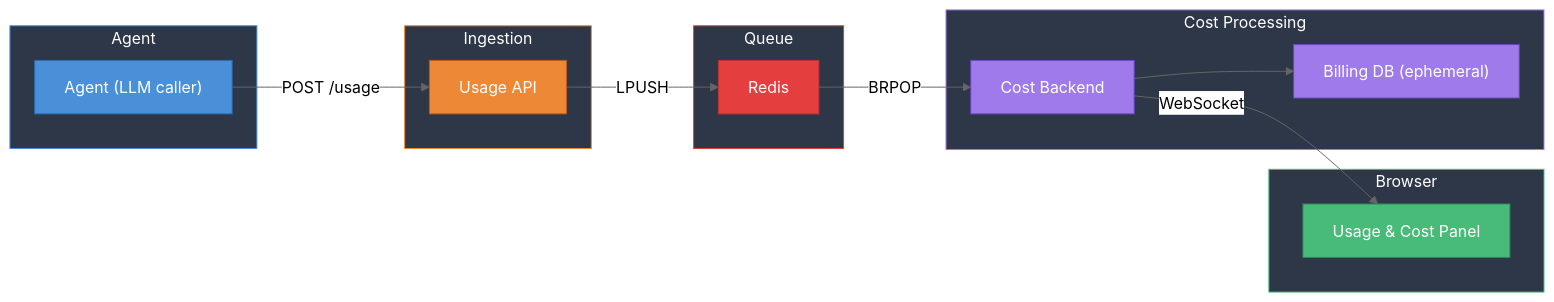
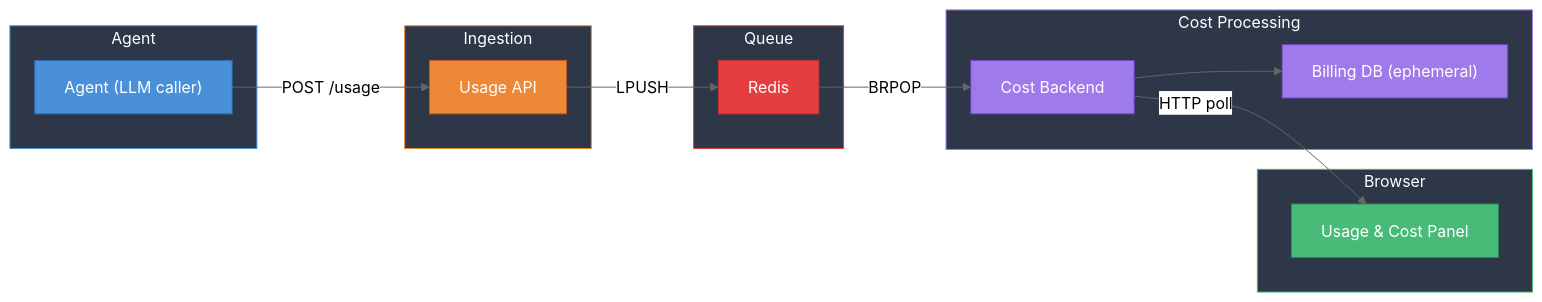
The first of 2 diagrams in billing_presentation.md (AntoinePr/onsite-cursor-d-v3), drawn with Mermaid (neutral theme) before and after one commit. The commit also changed other lines of this file and 3 other files, not shown here.

````diff
--- a/billing_presentation.md
+++ b/billing_presentation.md
@@ -21,41 +21,41 @@
 ```mermaid
 graph LR
   subgraph agentBox [Agent]
     Agent["Agent (LLM caller)"]
   end
 
   subgraph ingestion [Ingestion]
     UsageAPI["Usage API"]
   end
 
   subgraph queue [Queue]
     Redis["Redis"]
   end
 
   subgraph processing [Cost Processing]
     CostBackend["Cost Backend"]
     BillingDB["Billing DB (ephemeral)"]
     CostBackend --> BillingDB
   end
 
   subgraph browser [Browser]
     CostUI["Usage & Cost Panel"]
   end
 
   Agent -->|"POST /usage"| UsageAPI
   UsageAPI -->|"LPUSH"| Redis
   Redis -->|"BRPOP"| CostBackend
-  CostBackend -->|"WebSocket"| CostUI
+  CostBackend -->|"HTTP poll"| CostUI
 
   style agentBox fill:#2d3748,stroke:#4a90d9,color:#fff
   style Agent fill:#4a90d9,stroke:#2b6cb0,color:#fff
   style ingestion fill:#2d3748,stroke:#ed8936,color:#fff
   style UsageAPI fill:#ed8936,stroke:#c05621,color:#fff
   style queue fill:#2d3748,stroke:#e53e3e,color:#fff
   style Redis fill:#e53e3e,stroke:#c53030,color:#fff
   style processing fill:#2d3748,stroke:#9f7aea,color:#fff
   style CostBackend fill:#9f7aea,stroke:#6b46c1,color:#fff
   style BillingDB fill:#9f7aea,stroke:#6b46c1,color:#fff
   style browser fill:#2d3748,stroke:#48bb78,color:#fff
   style CostUI fill:#48bb78,stroke:#2f855a,color:#fff
 ```
````
